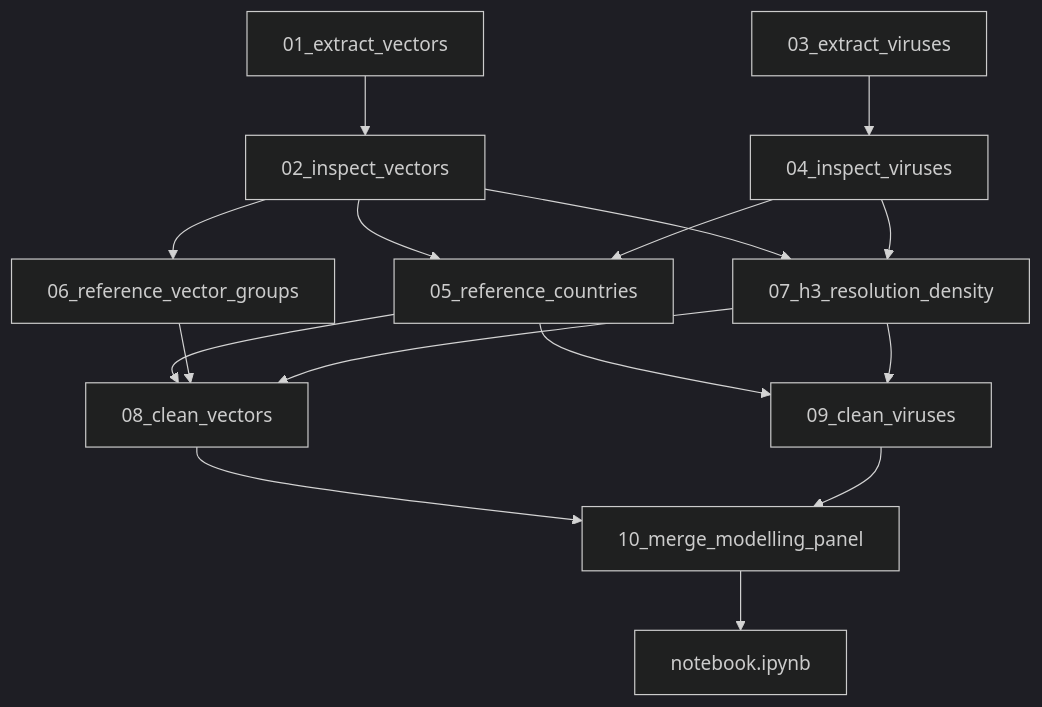
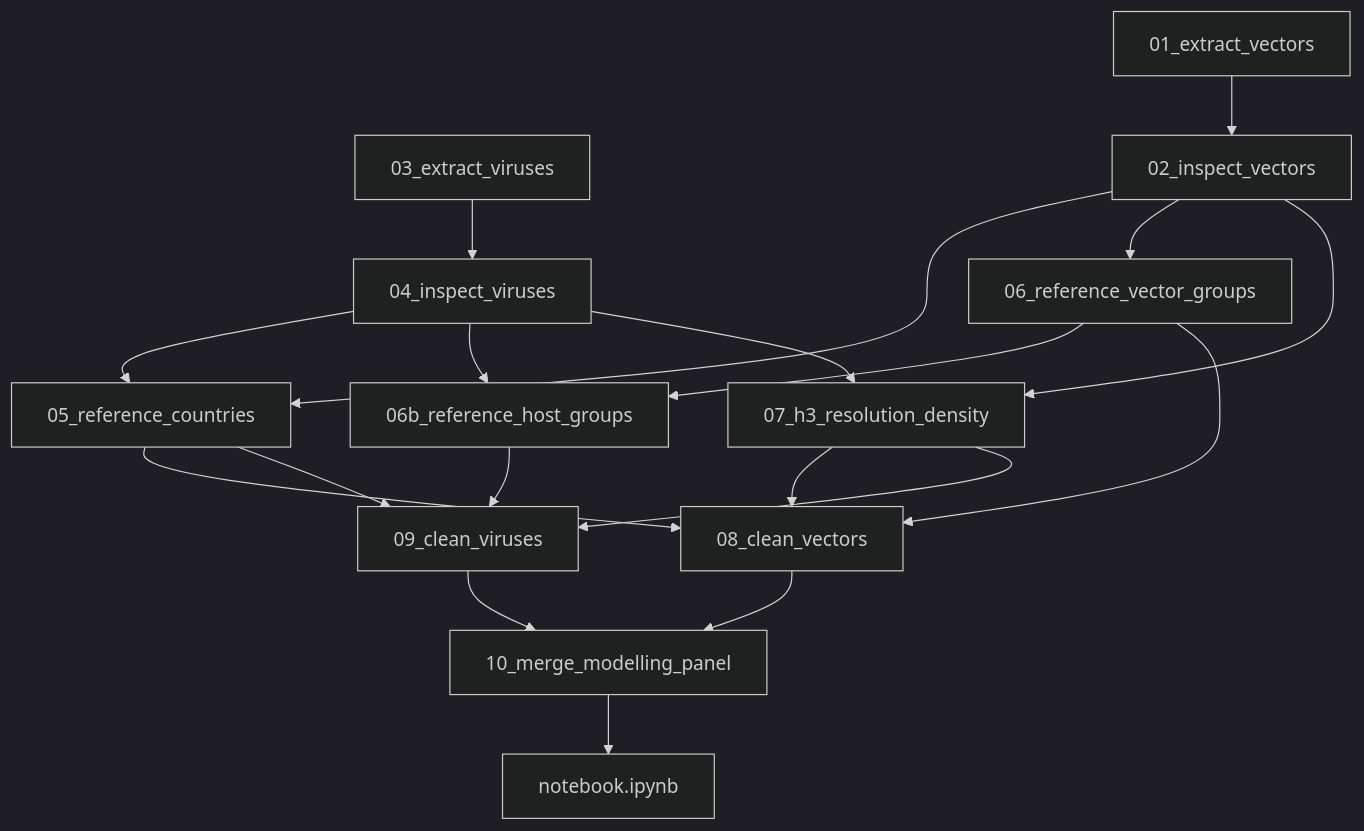
The diagram in specs/04-reference-data-and-panel-pipeline.md (GustavoRusso/vector-guard), drawn with Mermaid (dark theme) before and after one commit. The commit also changed other lines of this file and 1 other file, not shown here.

Commit message:
Enhanced virus dataset specifications by clarifying `host` and `isolation_source` descriptions, locking interim `host_group`

````diff
--- a/specs/04-reference-data-and-panel-pipeline.md
+++ b/specs/04-reference-data-and-panel-pipeline.md
@@ -192,30 +225,34 @@
 ```mermaid
 flowchart TD
   extractV["01_extract_vectors"]
   extractU["03_extract_viruses"]
   edaV["02_inspect_vectors"]
   edaU["04_inspect_viruses"]
   refCountries["05_reference_countries"]
   refTaxa["06_reference_vector_groups"]
+  refHosts["06b_reference_host_groups"]
   h3Density["07_h3_resolution_density"]
   cleanV["08_clean_vectors"]
   cleanU["09_clean_viruses"]
   merge["10_merge_modelling_panel"]
   courseNb["notebook.ipynb"]
 
   extractV --> edaV
   extractU --> edaU
   edaV --> refCountries
   edaU --> refCountries
   edaV --> refTaxa
+  edaU --> refHosts
+  refTaxa --> refHosts
   edaV --> h3Density
   edaU --> h3Density
   refCountries --> cleanV
   refCountries --> cleanU
   refTaxa --> cleanV
+  refHosts --> cleanU
   h3Density --> cleanV
   h3Density --> cleanU
   cleanV --> merge
   cleanU --> merge
   merge --> courseNb
 ```
````
